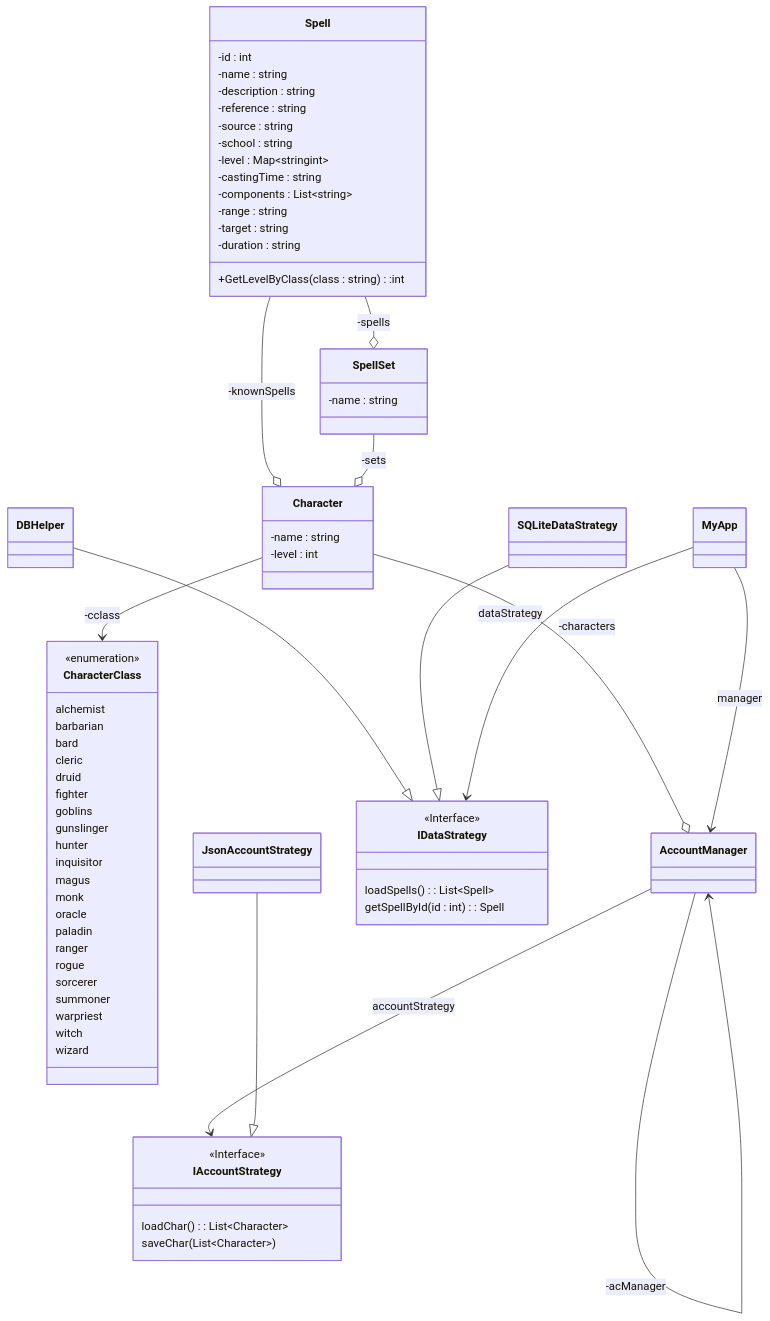
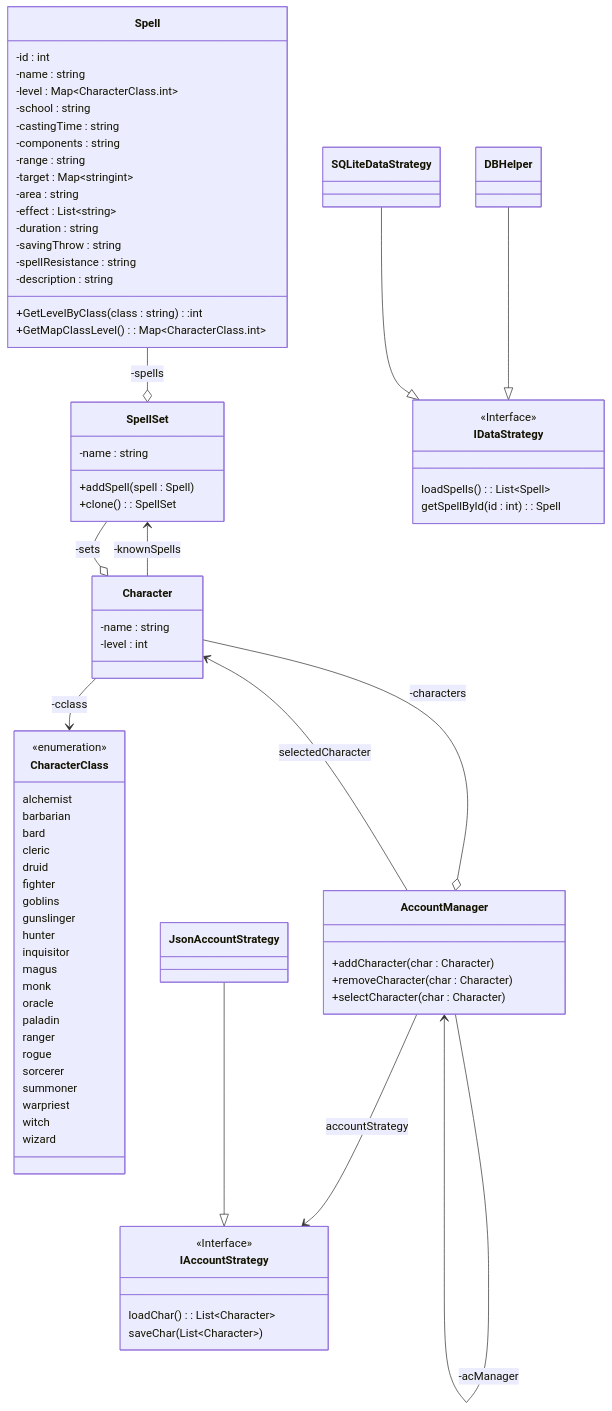
The first of 2 diagrams in README.md (PiR194/SpellTastic), drawn with Mermaid before and after one commit. The commit also changed other lines of this file, not shown here.

Commit message:
Update diagrams

````diff
--- a/README.md
+++ b/README.md
@@ -91,7 +91,7 @@
 classDiagram
 
     Spell --o SpellSet : -spells
-    Spell --o Character : -knownSpells
+    SpellSet <-- Character : -knownSpells
     SpellSet --o Character : -sets
     Character --> CharacterClass : -cclass
     AccountManager --> AccountManager : -acManager  
@@ -99,20 +99,25 @@
     class Spell{
         -id : int
         -name : string
+        -level : Map~CharacterClass.int~
+        -school : string
+        -castingTime : string
+        -components : string
+        -range : string
+        -target : Map~stringint~
+        -area : string
+        -effect : List~string~
+        -duration : string
+        -savingThrow : string
+        -spellResistance : string
         -description : string
-        -reference : string
-        -source : string
-        -school : string
-        -level : Map~stringint~
-        -castingTime : string
-        -components : List~string~
-        -range : string
-        -target : string
-        -duration : string
         +GetLevelByClass(class : string):int
+        +GetMapClassLevel() : Map~CharacterClass.int~
     }
     class SpellSet{
         -name : string
+        +addSpell(spell : Spell)
+        +clone() : SpellSet
     }
     class Character{
         -name : string
@@ -120,9 +125,13 @@
     }
 
     AccountManager --> IAccountStrategy : accountStrategy
+    AccountManager --> Character : selectedCharacter
 
     class AccountManager{
-
+        
+        +addCharacter(char : Character)
+        +removeCharacter(char : Character)
+        +selectCharacter(char : Character)
     }
     class CharacterClass{
         <<enumeration>>
@@ -166,10 +175,5 @@
         saveChar(List~Character~)
     }
 
-    MyApp --> IDataStrategy : dataStrategy
-    MyApp --> AccountManager : manager
-
-    class MyApp{
-
-    }
+    
 ```
````
